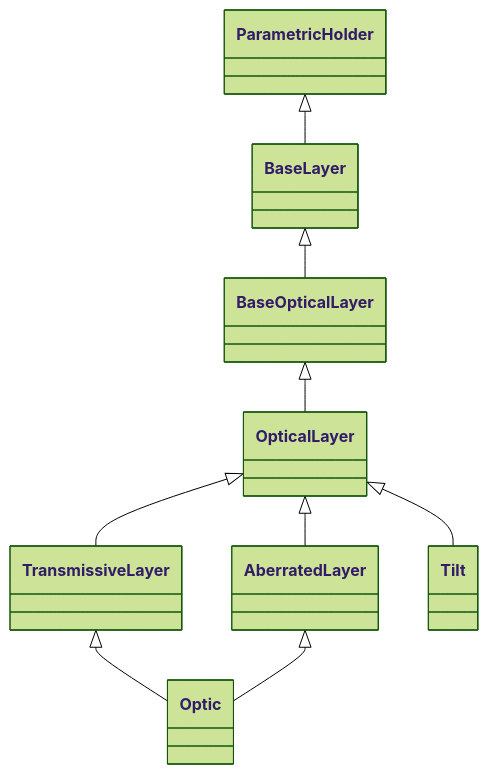
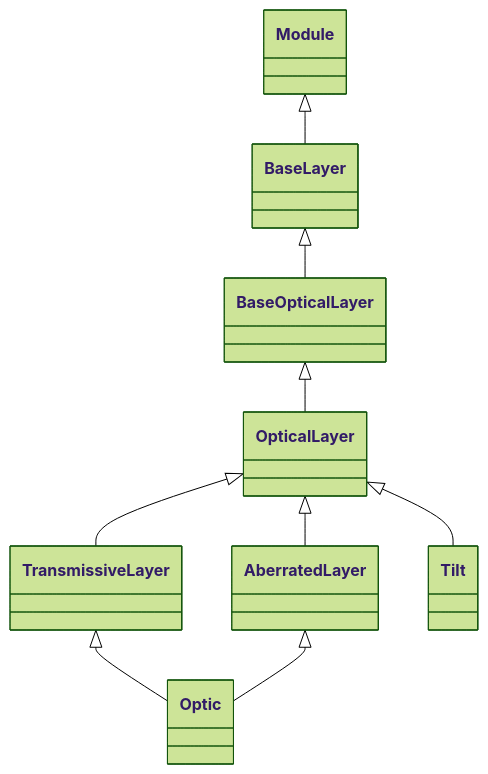
The diagram in docs/API/layers/optical.md (LouisDesdoigts/dLux), drawn with Mermaid (forest theme) before and after one commit. The commit also changed 20 other files, not shown here.

First line of the commit message:
Align non-propagation layers with parametric contracts

````diff
--- a/docs/API/layers/optical.md
+++ b/docs/API/layers/optical.md
@@ -7,26 +7,26 @@
 ```mermaid
 classDiagram
     class dLux_layers_optical_BaseLayer["BaseLayer"]
     class dLux_layers_optical_BaseOpticalLayer["BaseOpticalLayer"]
     class dLux_layers_optical_OpticalLayer["OpticalLayer"]
     class dLux_layers_optical_TransmissiveLayer["TransmissiveLayer"]
     class dLux_layers_optical_AberratedLayer["AberratedLayer"]
     class dLux_layers_optical_Optic["Optic"]
     class dLux_layers_optical_Tilt["Tilt"]
-    class dLux_parametric_parametrics_ParametricHolder["ParametricHolder"]
-    dLux_parametric_parametrics_ParametricHolder <|-- dLux_layers_optical_BaseLayer
+    class zodiax_module_Module["Module"]
+    zodiax_module_Module <|-- dLux_layers_optical_BaseLayer
     click dLux_layers_optical_BaseLayer href "#dLux.layers.optical.BaseLayer" "Methods: apply()"
     dLux_layers_optical_BaseLayer <|-- dLux_layers_optical_BaseOpticalLayer
     click dLux_layers_optical_BaseOpticalLayer href "#dLux.layers.optical.BaseOpticalLayer" "Methods: apply_mono(), apply()"
     dLux_layers_optical_BaseOpticalLayer <|-- dLux_layers_optical_OpticalLayer
     click dLux_layers_optical_OpticalLayer href "#dLux.layers.optical.OpticalLayer" "Methods: context()"
     dLux_layers_optical_OpticalLayer <|-- dLux_layers_optical_TransmissiveLayer
     click dLux_layers_optical_TransmissiveLayer href "#dLux.layers.optical.TransmissiveLayer" "Attributes: transmission, normalise · Methods: apply_mono()"
     dLux_layers_optical_OpticalLayer <|-- dLux_layers_optical_AberratedLayer
     click dLux_layers_optical_AberratedLayer href "#dLux.layers.optical.AberratedLayer" "Attributes: opd, phase · Methods: apply_mono()"
     dLux_layers_optical_TransmissiveLayer <|-- dLux_layers_optical_Optic
     dLux_layers_optical_AberratedLayer <|-- dLux_layers_optical_Optic
-    click dLux_layers_optical_Optic href "#dLux.layers.optical.Optic" "Attributes: transmission, opd, phase, normalise · Methods: phasor(), apply_mono()"
+    click dLux_layers_optical_Optic href "#dLux.layers.optical.Optic" "Attributes: transmission, opd, phase, amplitude, jones, thickness, n, propagator, normalise · Methods: phasor(), apply(), apply_mono()"
     dLux_layers_optical_OpticalLayer <|-- dLux_layers_optical_Tilt
     click dLux_layers_optical_Tilt href "#dLux.layers.optical.Tilt" "Attributes: angles, unit · Methods: apply_mono()"
 ```
````
